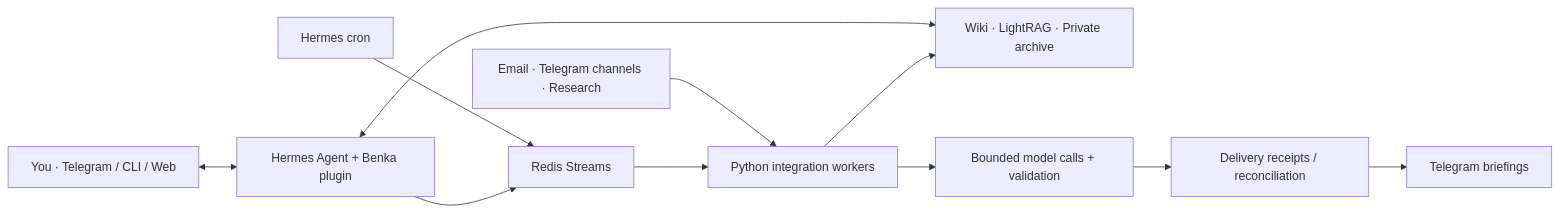
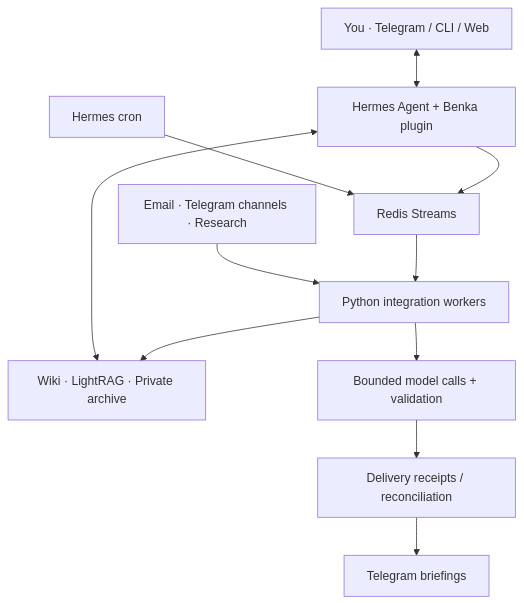
One commit to eiler2005/my-ai-office changed the diagram in README.md. Above: the diagram before and after it, drawn with Mermaid.

Commit message:
docs: improve README diagram readability

````diff
--- a/README.md
+++ b/README.md
@@ -49,13 +49,13 @@
 ```mermaid
-flowchart LR
+flowchart TB
     Sources["Email · Telegram channels · Research"] --> Workers["Python integration workers"]
     Cron["Hermes cron"] --> Queue["Redis Streams"]
     Queue --> Workers
     Person["You · Telegram / CLI / Web"] <--> Hermes["Hermes Agent + Benka plugin"]
     Hermes --> Queue
     Hermes <--> Knowledge["Wiki · LightRAG · Private archive"]
     Workers --> Knowledge
     Workers --> Models["Bounded model calls + validation"]
     Models --> Delivery["Delivery receipts / reconciliation"]
     Delivery --> Telegram["Telegram briefings"]
 ```
````
